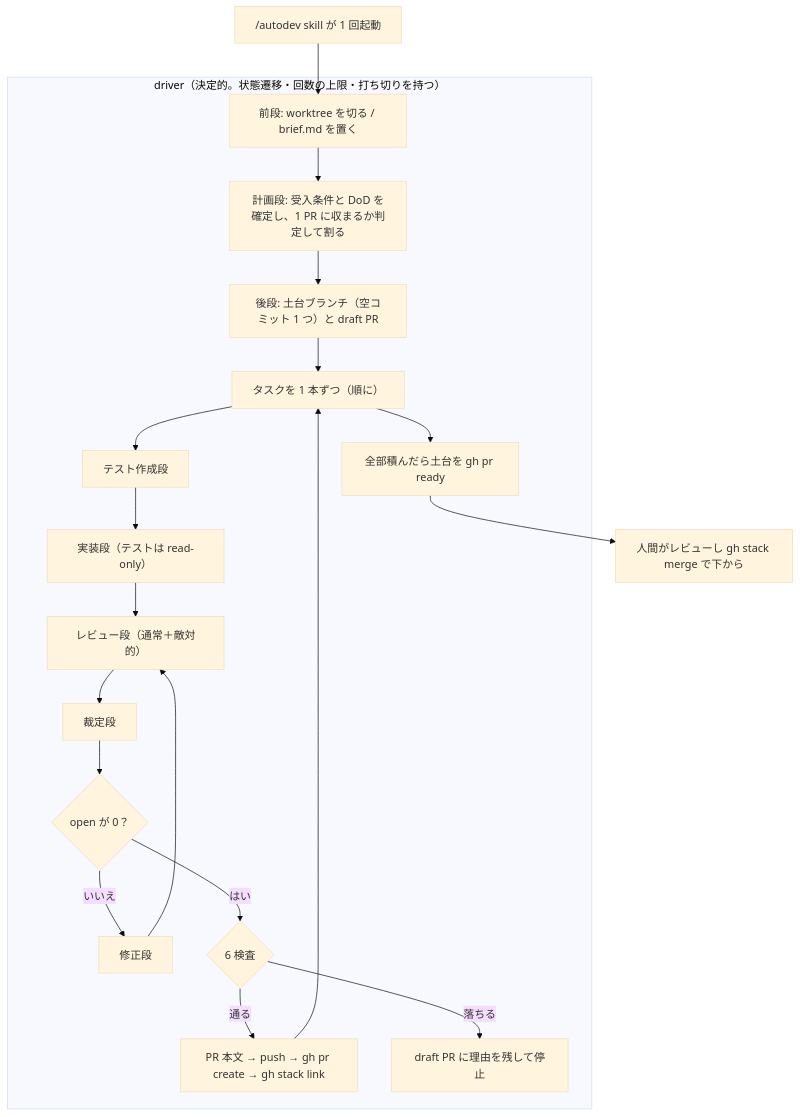
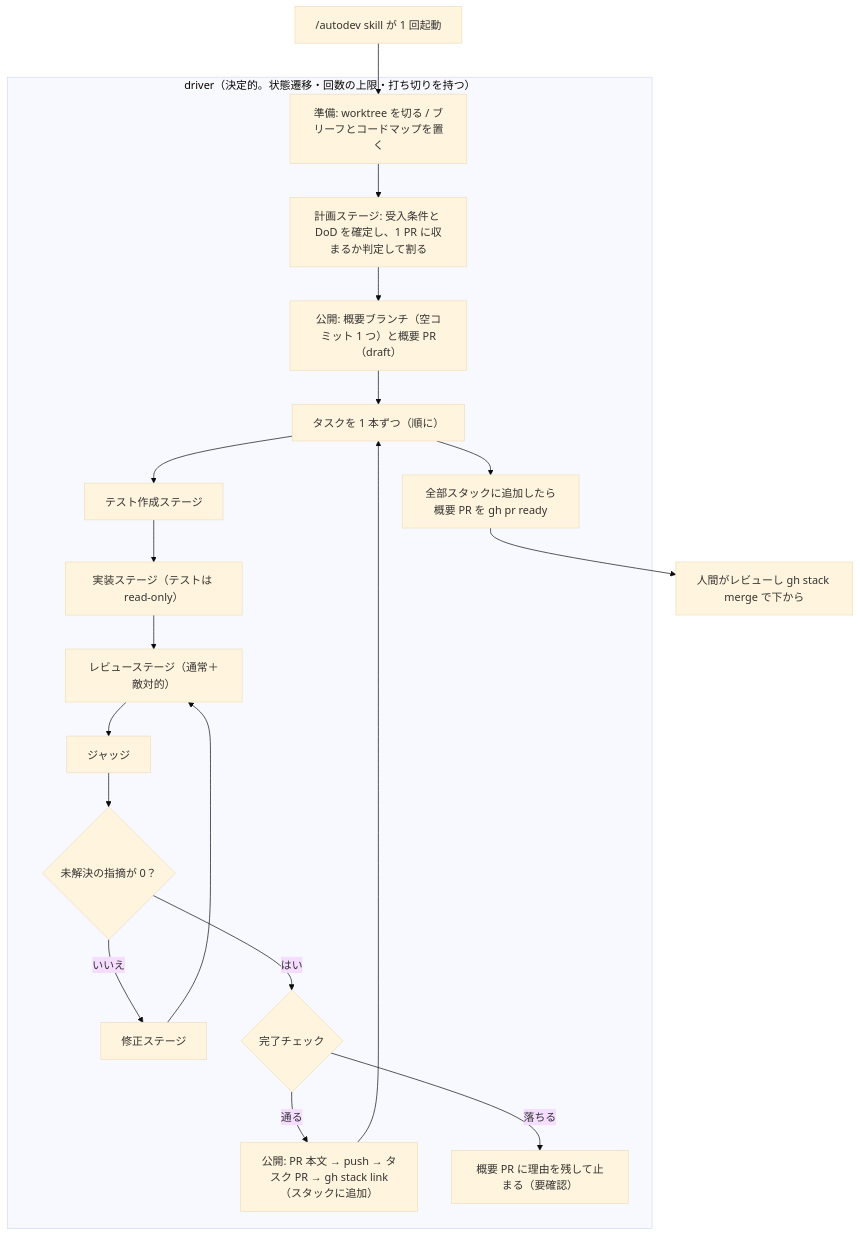
The diagram in dist/dot-claude/skills/autodev/README.md (Luna-rab/dotfiles), drawn with Mermaid (base theme) before and after one commit. The commit also changed other lines of this file and 87 other files, not shown here.

````diff
--- a/dist/dot-claude/skills/autodev/README.md
+++ b/dist/dot-claude/skills/autodev/README.md
@@ -94,20 +95,20 @@
 ```mermaid
 flowchart TD
     start["/autodev skill が 1 回起動"] --> pre
     subgraph driver["driver（決定的。状態遷移・回数の上限・打ち切りを持つ）"]
-        pre["前段: worktree を切る / brief.md を置く"] --> plan
-        plan["計画段: 受入条件と DoD を確定し、1 PR に収まるか判定して割る"] --> base
-        base["後段: 土台ブランチ（空コミット 1 つ）と draft PR"] --> loop
+        pre["準備: worktree を切る / ブリーフとコードマップを置く"] --> plan
+        plan["計画ステージ: 受入条件と DoD を確定し、1 PR に収まるか判定して割る"] --> base
+        base["公開: 概要ブランチ（空コミット 1 つ）と概要 PR（draft）"] --> loop
         loop["タスクを 1 本ずつ（順に）"] --> tg
-        tg["テスト作成段"] --> impl
-        impl["実装段（テストは read-only）"] --> rv
-        rv["レビュー段（通常＋敵対的）"] --> jd
-        jd["裁定段"] --> decide{"open が 0？"}
-        decide -->|いいえ| fix["修正段"] --> rv
-        decide -->|はい| gateq{"6 検査"}
-        gateq -->|通る| post["PR 本文 → push → gh pr create → gh stack link"] --> loop
-        gateq -->|落ちる| stop["draft PR に理由を残して停止"]
-        loop --> done["全部積んだら土台を gh pr ready"]
+        tg["テスト作成ステージ"] --> impl
+        impl["実装ステージ（テストは read-only）"] --> rv
+        rv["レビューステージ（通常＋敵対的）"] --> jd
+        jd["ジャッジ"] --> decide{"未解決の指摘が 0？"}
+        decide -->|いいえ| fix["修正ステージ"] --> rv
+        decide -->|はい| gateq{"完了チェック"}
+        gateq -->|通る| post["公開: PR 本文 → push → タスク PR → gh stack link（スタックに追加）"] --> loop
+        gateq -->|落ちる| stop["概要 PR に理由を残して止まる（要確認）"]
+        loop --> done["全部スタックに追加したら概要 PR を gh pr ready"]
     end
     done --> human["人間がレビューし gh stack merge で下から"]
 ```
````
